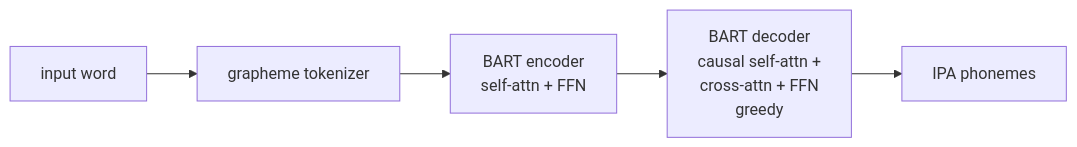
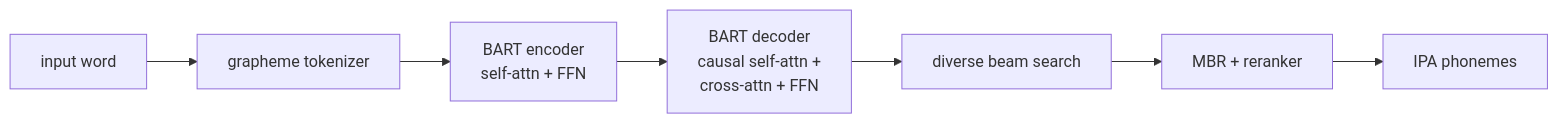
The diagram in README.md (Jud/swift-bart-g2p), drawn with Mermaid before and after one commit. The commit also changed other lines of this file and 1 other file, not shown here.

First line of the commit message:
feat: add MBR consensus scoring and diverse beam search

````diff
--- a/README.md
+++ b/README.md
@@ -31,7 +31,9 @@
 ```mermaid
 graph LR
     A[input word] --> B[grapheme tokenizer]
     B --> C[BART encoder<br/>self-attn + FFN]
-    C --> D[BART decoder<br/>causal self-attn +<br/>cross-attn + FFN<br/>greedy]
-    D --> E[IPA phonemes]
+    C --> D[BART decoder<br/>causal self-attn +<br/>cross-attn + FFN]
+    D --> E[diverse beam search]
+    E --> F[MBR + reranker]
+    F --> G[IPA phonemes]
 ```
````
